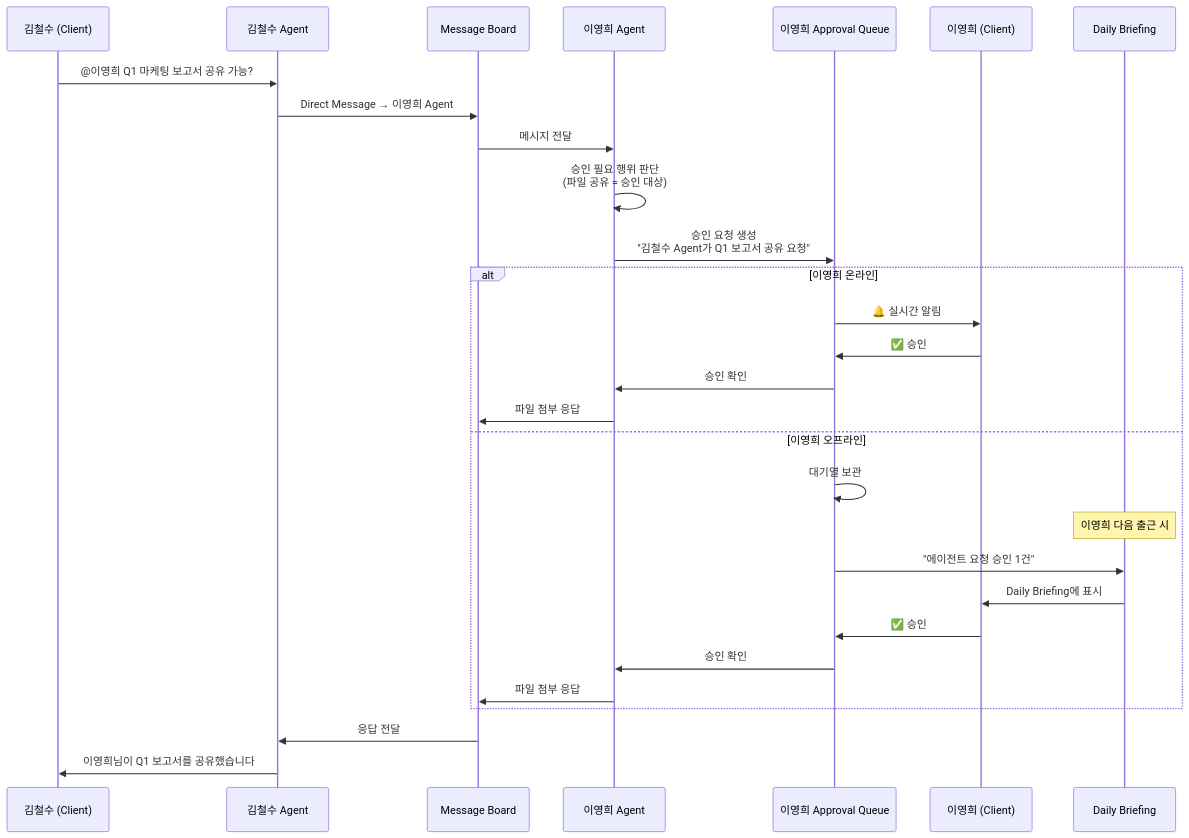
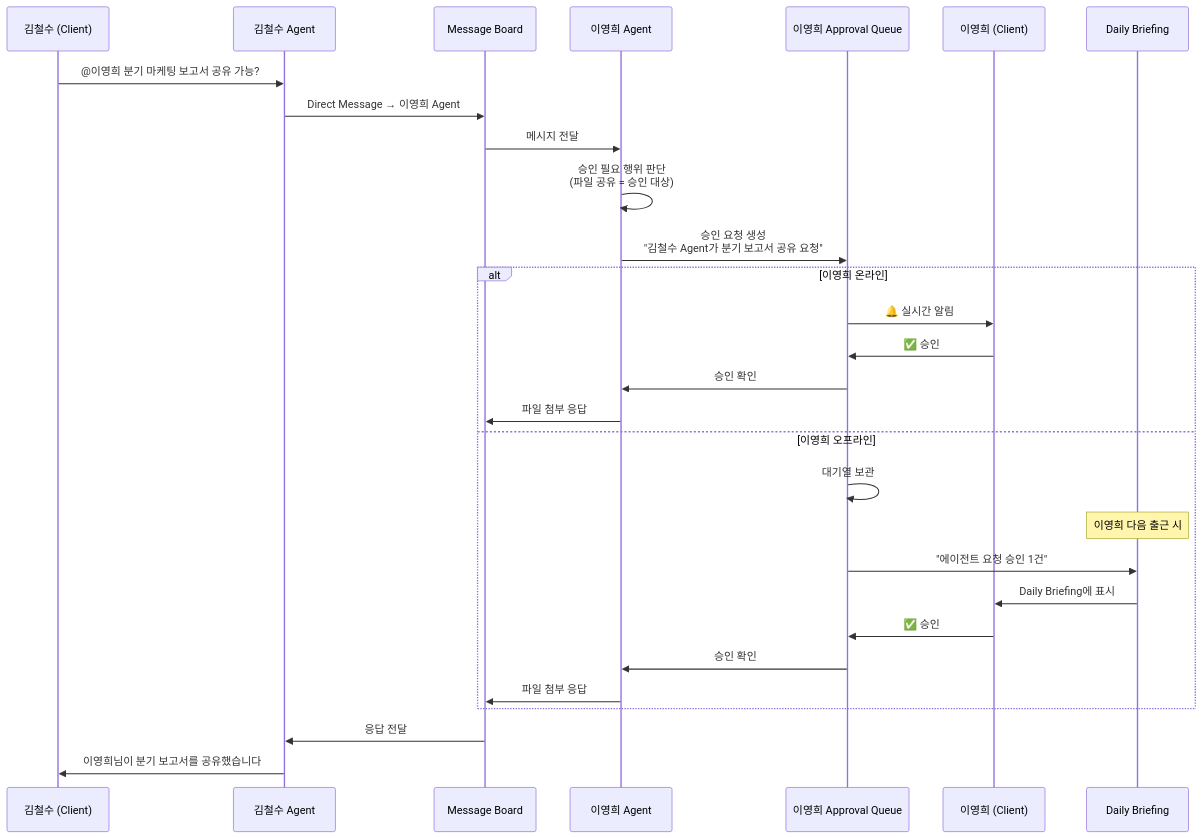
One commit to lvis-project/lvis-app changed diagram 36 of 45 in docs/architecture/architecture.md. Above: the diagram before and after it, drawn with Mermaid. The commit also changed other lines of this file and 228 other files, not shown here.

````diff
--- a/docs/architecture/architecture.md
+++ b/docs/architecture/architecture.md
@@ -2988,35 +3194,35 @@
 ```mermaid
 sequenceDiagram
     participant UserA as 김철수 (Client)
     participant AgentA as 김철수 Agent
     participant Hub as Message Board
     participant AgentB as 이영희 Agent
     participant ApprovalB as 이영희 Approval Queue
     participant UserB as 이영희 (Client)
     participant Briefing as Daily Briefing
 
-    UserA->>AgentA: @이영희 Q1 마케팅 보고서 공유 가능?
+    UserA->>AgentA: @이영희 분기 마케팅 보고서 공유 가능?
     AgentA->>Hub: Direct Message → 이영희 Agent
     Hub->>AgentB: 메시지 전달
 
     AgentB->>AgentB: 승인 필요 행위 판단<br/>(파일 공유 = 승인 대상)
-    AgentB->>ApprovalB: 승인 요청 생성<br/>"김철수 Agent가 Q1 보고서 공유 요청"
+    AgentB->>ApprovalB: 승인 요청 생성<br/>"김철수 Agent가 분기 보고서 공유 요청"
 
     alt 이영희 온라인
         ApprovalB->>UserB: 🔔 실시간 알림
         UserB->>ApprovalB: ✅ 승인
         ApprovalB->>AgentB: 승인 확인
         AgentB->>Hub: 파일 첨부 응답
     else 이영희 오프라인
         ApprovalB->>ApprovalB: 대기열 보관
         Note over Briefing: 이영희 다음 출근 시
         ApprovalB->>Briefing: "에이전트 요청 승인 1건"
         Briefing->>UserB: Daily Briefing에 표시
         UserB->>ApprovalB: ✅ 승인
         ApprovalB->>AgentB: 승인 확인
         AgentB->>Hub: 파일 첨부 응답
     end
 
     Hub->>AgentA: 응답 전달
-    AgentA->>UserA: 이영희님이 Q1 보고서를 공유했습니다
+    AgentA->>UserA: 이영희님이 분기 보고서를 공유했습니다
 ```
````
